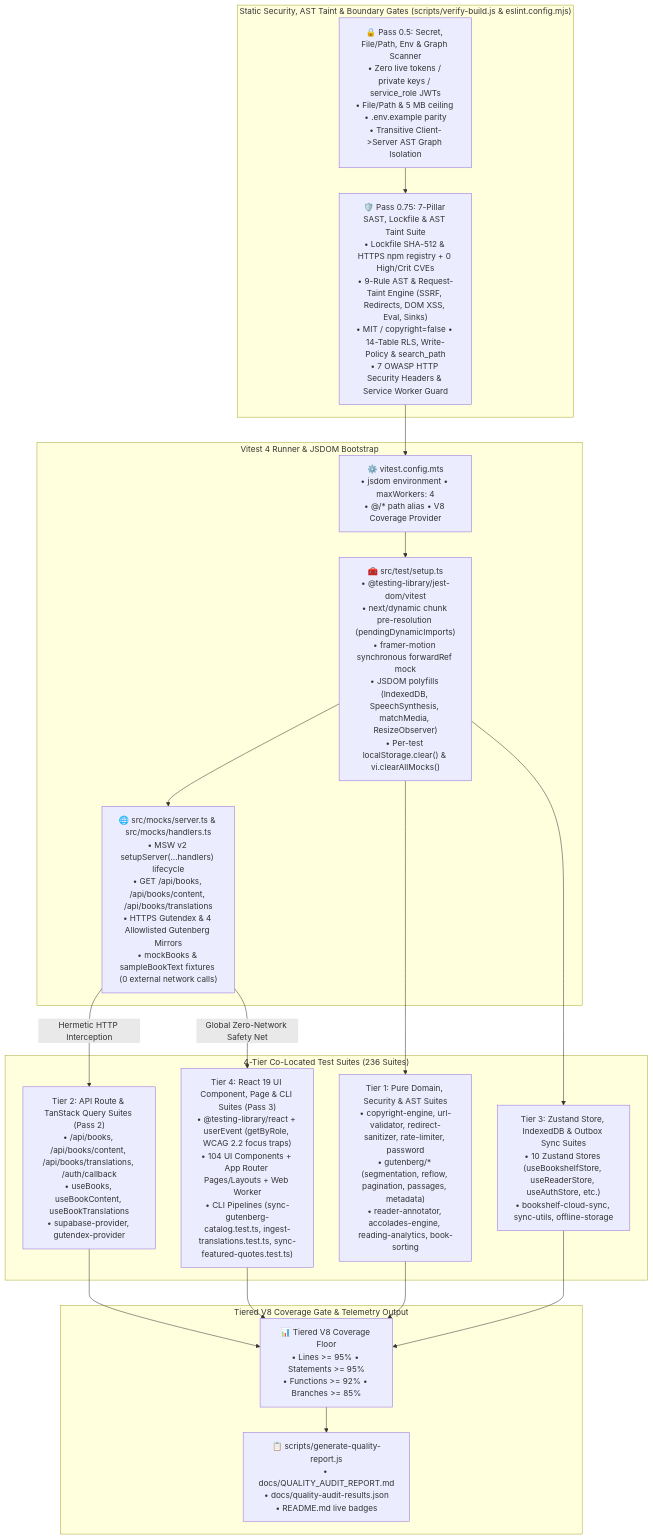
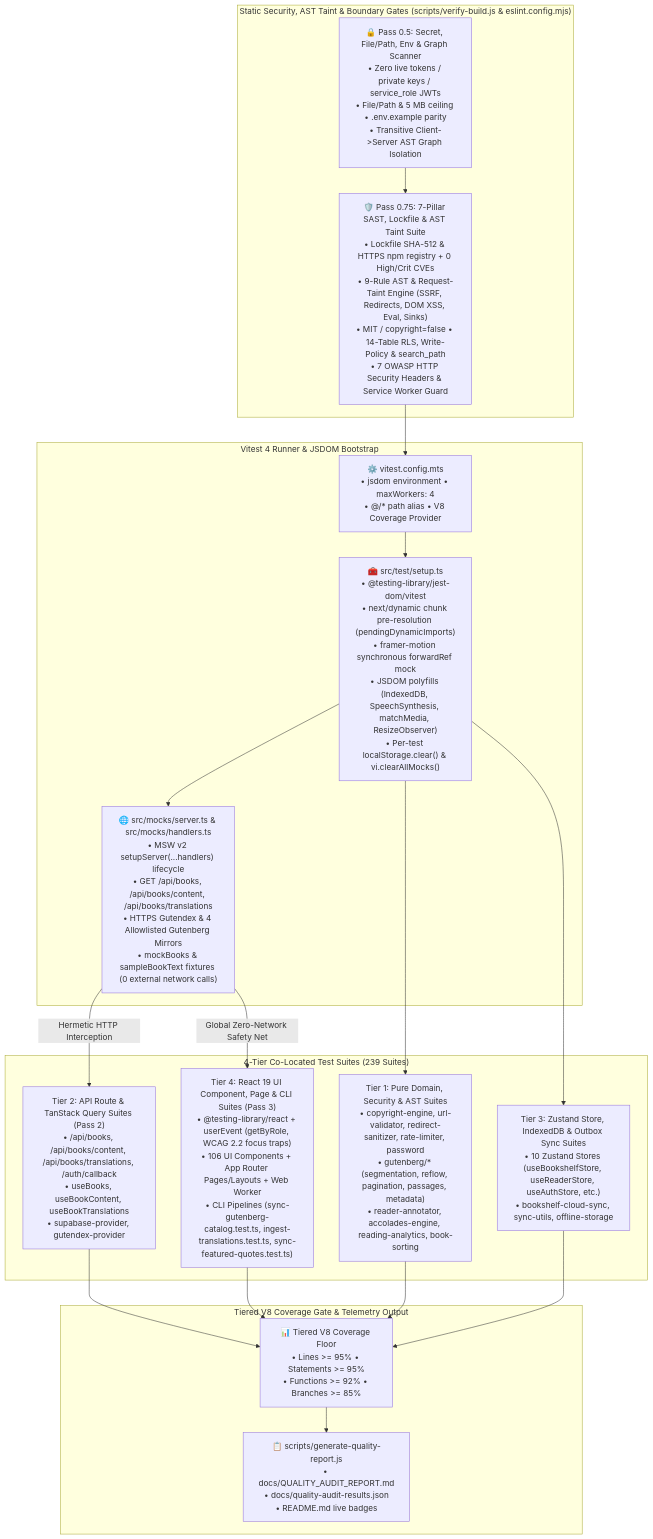
Before and after one commit to calin-m/Bookarium: the ninth of 12 diagrams in docs/ARCHITECTURE.md, drawn with Mermaid. The commit also changed other lines of this file and 55 other files, not shown here.

First line of the commit message:
feat(reader): motion crossfade wrapper, 3-page threshold alignment, pinned ribbon decoupling, transparent exit modal & sync hardening

````diff
--- a/docs/ARCHITECTURE.md
+++ b/docs/ARCHITECTURE.md
@@ -1133,39 +1136,39 @@
 ```mermaid
 flowchart TD
     subgraph SecurityGates ["Static Security, AST Taint & Boundary Gates (scripts/verify-build.js & eslint.config.mjs)"]
         Pass05["🔒 Pass 0.5: Secret, File/Path, Env & Graph Scanner\n• Zero live tokens / private keys / service_role JWTs\n• File/Path & 5 MB ceiling • .env.example parity\n• Transitive Client->Server AST Graph Isolation"]
         Pass075["🛡️ Pass 0.75: 7-Pillar SAST, Lockfile & AST Taint Suite\n• Lockfile SHA-512 & HTTPS npm registry + 0 High/Crit CVEs\n• 9-Rule AST & Request-Taint Engine (SSRF, Redirects, DOM XSS, Eval, Sinks)\n• MIT / copyright=false • 14-Table RLS, Write-Policy & search_path\n• 7 OWASP HTTP Security Headers & Service Worker Guard"]
     end
 
     subgraph TestRunner ["Vitest 4 Runner & JSDOM Bootstrap"]
         VitestCfg["⚙️ vitest.config.mts\n• jsdom environment • maxWorkers: 4\n• @/* path alias • V8 Coverage Provider"]
         TestSetup["🧰 src/test/setup.ts\n• @testing-library/jest-dom/vitest\n• next/dynamic chunk pre-resolution (pendingDynamicImports)\n• framer-motion synchronous forwardRef mock\n• JSDOM polyfills (IndexedDB, SpeechSynthesis, matchMedia, ResizeObserver)\n• Per-test localStorage.clear() & vi.clearAllMocks()"]
         MSWServer["🌐 src/mocks/server.ts & src/mocks/handlers.ts\n• MSW v2 setupServer(...handlers) lifecycle\n• GET /api/books, /api/books/content, /api/books/translations\n• HTTPS Gutendex & 4 Allowlisted Gutenberg Mirrors\n• mockBooks & sampleBookText fixtures (0 external network calls)"]
     end
 
-    subgraph TestTiers ["4-Tier Co-Located Test Suites (236 Suites)"]
+    subgraph TestTiers ["4-Tier Co-Located Test Suites (239 Suites)"]
         Tier1["Tier 1: Pure Domain, Security & AST Suites\n• copyright-engine, url-validator, redirect-sanitizer, rate-limiter, password\n• gutenberg/* (segmentation, reflow, pagination, passages, metadata)\n• reader-annotator, accolades-engine, reading-analytics, book-sorting"]
         Tier2["Tier 2: API Route & TanStack Query Suites (Pass 2)\n• /api/books, /api/books/content, /api/books/translations, /auth/callback\n• useBooks, useBookContent, useBookTranslations\n• supabase-provider, gutendex-provider"]
         Tier3["Tier 3: Zustand Store, IndexedDB & Outbox Sync Suites\n• 10 Zustand Stores (useBookshelfStore, useReaderStore, useAuthStore, etc.)\n• bookshelf-cloud-sync, sync-utils, offline-storage"]
-        Tier4["Tier 4: React 19 UI Component, Page & CLI Suites (Pass 3)\n• @testing-library/react + userEvent (getByRole, WCAG 2.2 focus traps)\n• 104 UI Components + App Router Pages/Layouts + Web Worker\n• CLI Pipelines (sync-gutenberg-catalog.test.ts, ingest-translations.test.ts, sync-featured-quotes.test.ts)"]
+        Tier4["Tier 4: React 19 UI Component, Page & CLI Suites (Pass 3)\n• @testing-library/react + userEvent (getByRole, WCAG 2.2 focus traps)\n• 106 UI Components + App Router Pages/Layouts + Web Worker\n• CLI Pipelines (sync-gutenberg-catalog.test.ts, ingest-translations.test.ts, sync-featured-quotes.test.ts)"]
     end
 
     subgraph CoverageGate ["Tiered V8 Coverage Gate & Telemetry Output"]
         V8Thresholds["📊 Tiered V8 Coverage Floor\n• Lines >= 95% • Statements >= 95%\n• Functions >= 92% • Branches >= 85%"]
         QualityReport["📋 scripts/generate-quality-report.js\n• docs/QUALITY_AUDIT_REPORT.md\n• docs/quality-audit-results.json\n• README.md live badges"]
     end
 
     Pass05 --> Pass075
     Pass075 --> VitestCfg
     VitestCfg --> TestSetup
     TestSetup --> MSWServer
     TestSetup --> Tier1
     MSWServer -->|"Hermetic HTTP Interception"| Tier2
     TestSetup --> Tier3
     MSWServer -->|"Global Zero-Network Safety Net"| Tier4
     Tier1 --> V8Thresholds
     Tier2 --> V8Thresholds
     Tier3 --> V8Thresholds
     Tier4 --> V8Thresholds
     V8Thresholds --> QualityReport
 ```
````
